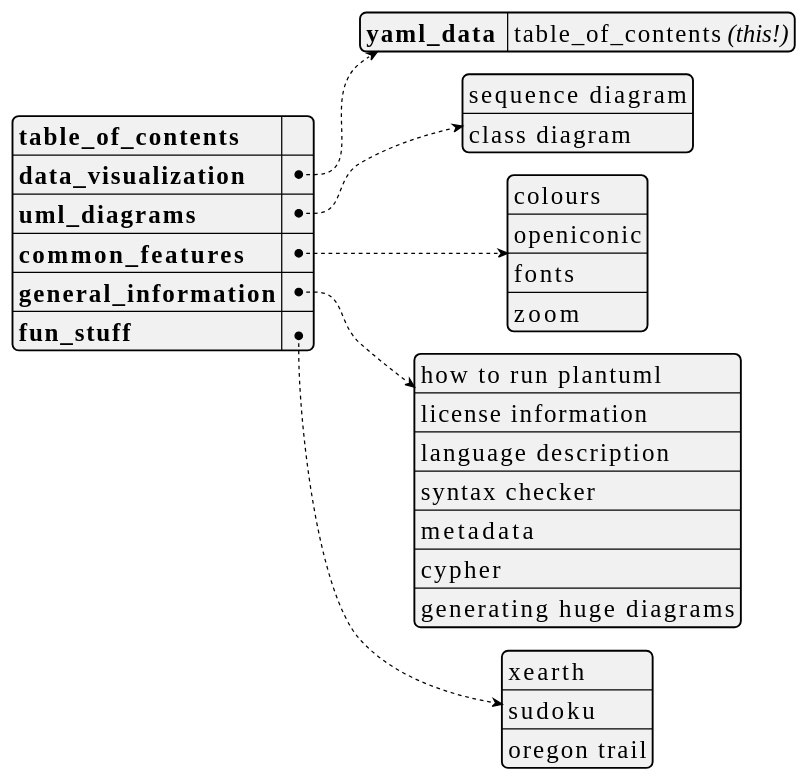
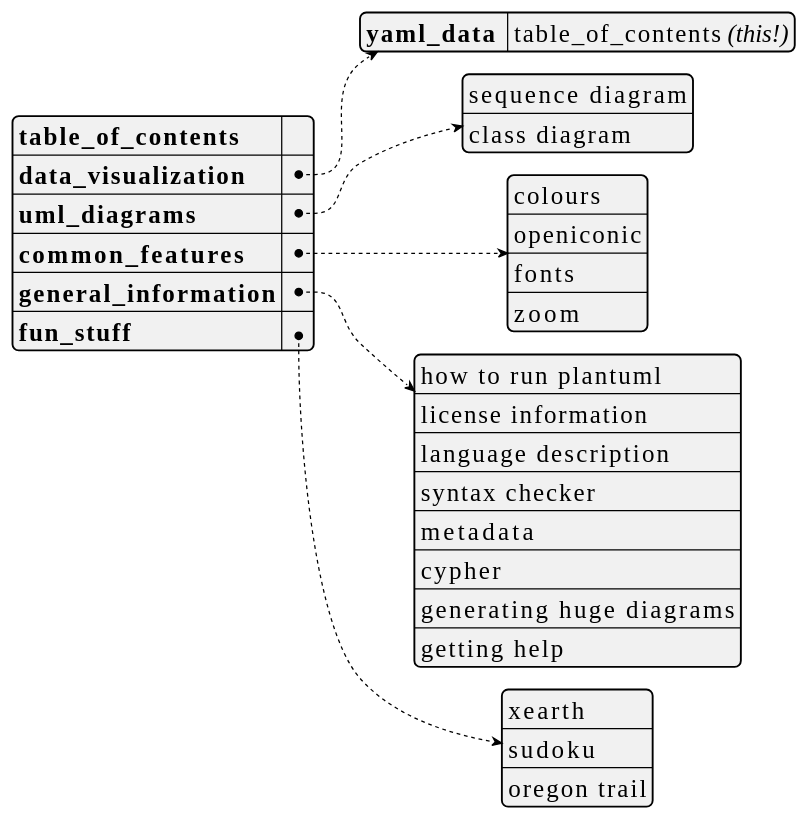
Before and after one commit to dragondive/heavens-arena: the first of 18 diagrams in plantuml_demo.md, drawn with PlantUML. The commit also changed other lines of this file, not shown here.

Commit message:
added info: getting help

````diff
--- a/plantuml_demo.md
+++ b/plantuml_demo.md
@@ -26,46 +26,47 @@
 ```plantuml
 @startyaml
 <style>
 yamlDiagram {
     node {
         ' use a constant width font because that's what developers do.
         FontName Consolas
         FontSize 20
     }
 }
 </style>
 
 /'TODO:
 It would be cool to hyperlink the entries in the table_of_contents to the
 respective section in the document. Not only would it further accentuate the
 [Medium Awareness](https://tvtropes.org/pmwiki/pmwiki.php/Main/MediumAwareness)
 of this yaml document, but also augment the
 [Anachronic Order](https://tvtropes.org/pmwiki/pmwiki.php/Main/AnachronicOrder)
 of the outer markdown document.
 '/
 
 **table_of_contents**: ""  /' workaround: empty string here to avoid dummy link '/
 data_visualization:
     yaml_data : table_of_contents //(this!)//
 uml_diagrams:
     - sequence diagram
     - class diagram
 common_features:
     - colours
     - openiconic
     - fonts
     - zoom
 general_information:
     - how to run plantuml
     - license information
     - language description
     - syntax checker
     - metadata
     - cypher
     - generating huge diagrams
+    - getting help
 fun_stuff:
     - xearth
     - sudoku
     - oregon trail
 @endyaml
 ```
````
